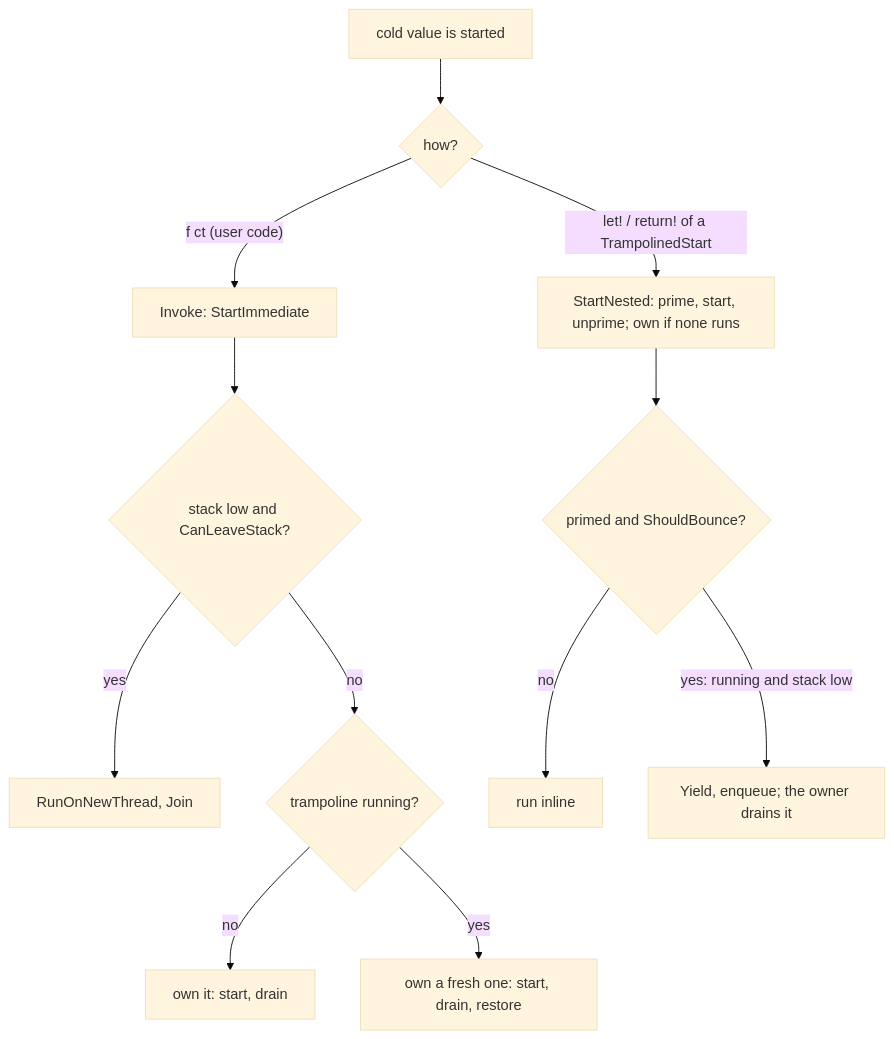
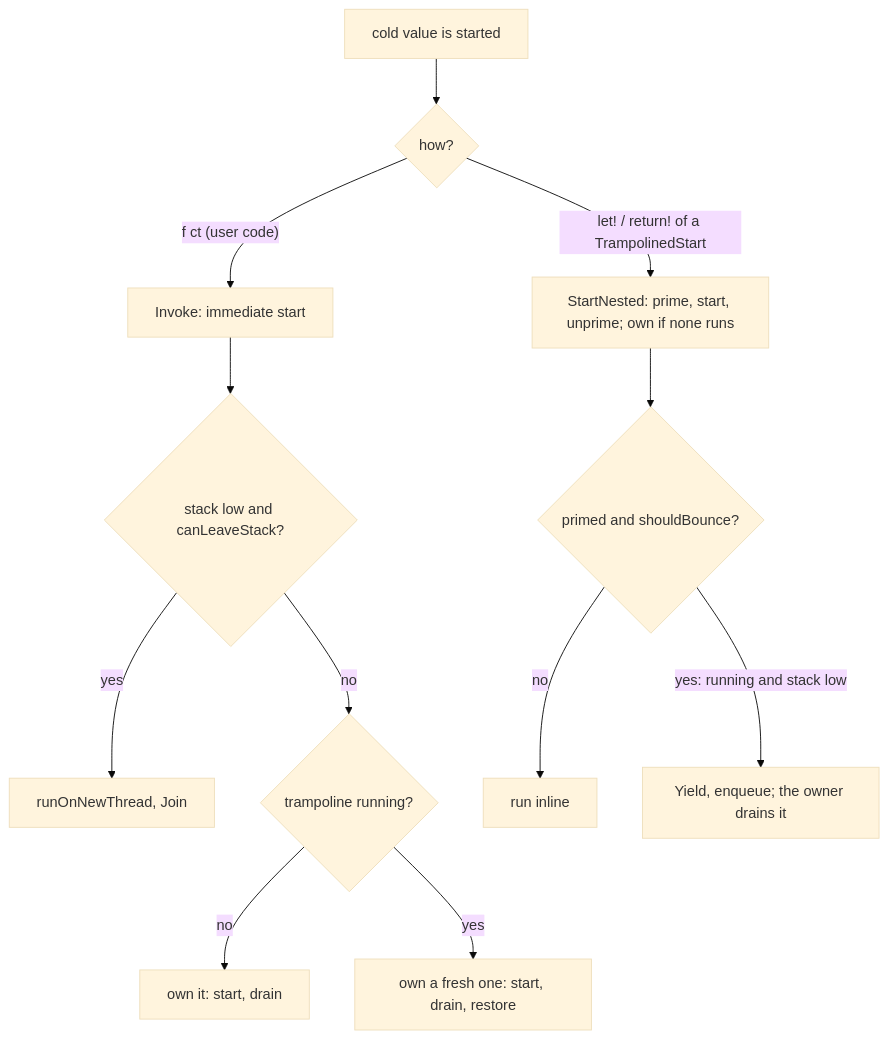
Before and after one commit to TheAngryByrd/IcedTasks: the diagram in lode/plans/recursion-and-tail-calls.md, drawn with Mermaid (base theme). The commit also changed other lines of this file and 8 other files, not shown here.

````diff
--- a/lode/plans/recursion-and-tail-calls.md
+++ b/lode/plans/recursion-and-tail-calls.md
@@ -61,14 +67,14 @@
 ```mermaid
 flowchart TD
     call["cold value is started"] --> kind{"how?"}
-    kind -->|"f ct (user code)"| imm["Invoke: StartImmediate"]
+    kind -->|"f ct (user code)"| imm["Invoke: immediate start"]
     kind -->|"let! / return! of a TrampolinedStart"| nested["StartNested: prime, start, unprime; own if none runs"]
-    imm --> low{"stack low and CanLeaveStack?"}
-    low -->|yes| hop["RunOnNewThread, Join"]
+    imm --> low{"stack low and canLeaveStack?"}
+    low -->|yes| hop["runOnNewThread, Join"]
     low -->|no| own{"trampoline running?"}
     own -->|no| run["own it: start, drain"]
     own -->|yes| iso["own a fresh one: start, drain, restore"]
-    nested --> b{"primed and ShouldBounce?"}
+    nested --> b{"primed and shouldBounce?"}
     b -->|no| inline["run inline"]
     b -->|"yes: running and stack low"| bounce["Yield, enqueue; the owner drains it"]
 ```
````
